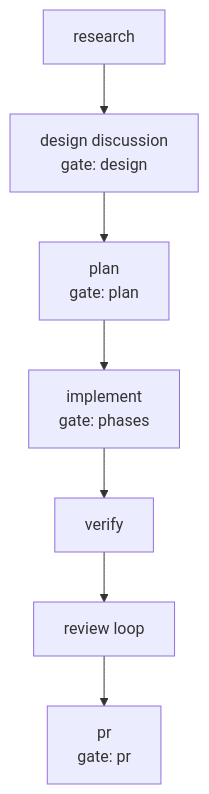
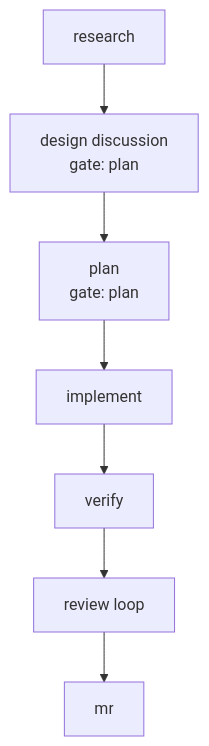
One commit to MarkTripoli/skills changed the third of 3 diagrams in skills/delivery/create-tdd/references/tdd_template.md. Above: the diagram before and after it, drawn with Mermaid. The commit also changed other lines of this file and 185 other files, not shown here.

````diff
--- a/skills/delivery/create-tdd/references/tdd_template.md
+++ b/skills/delivery/create-tdd/references/tdd_template.md
@@ -97,7 +97,7 @@
 ```mermaid
 flowchart TD
-  research["research"] --> design["design discussion<br/>gate: design"]
+  research["research"] --> design["design discussion<br/>gate: plan"]
   design --> plan["plan<br/>gate: plan"]
-  plan --> implement["implement<br/>gate: phases"]
-  implement --> verify["verify"] --> review["review loop"] --> pr["pr<br/>gate: pr"]
+  plan --> implement["implement"]
+  implement --> verify["verify"] --> review["review loop"] --> mr["mr"]
 ```
````
